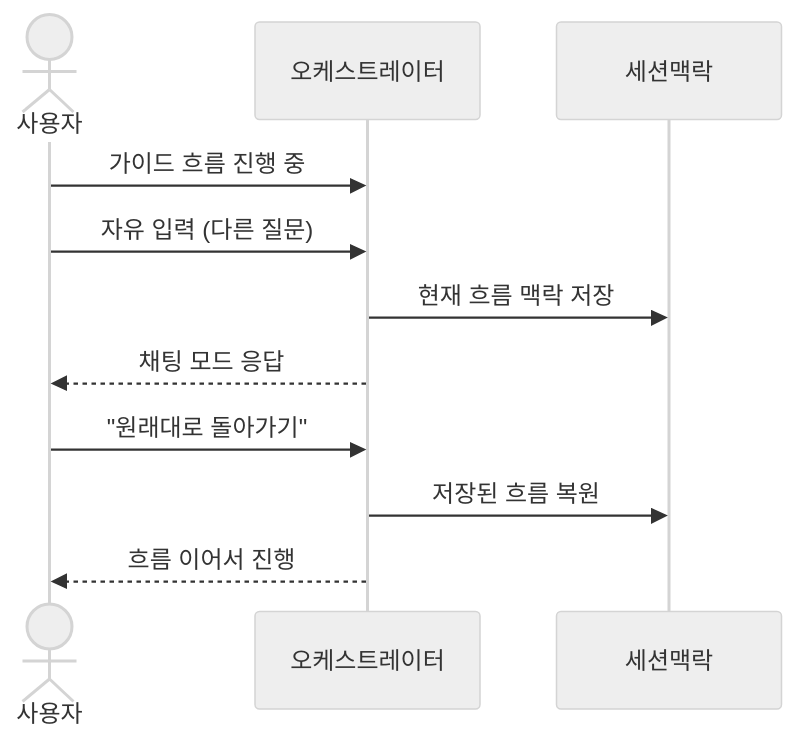
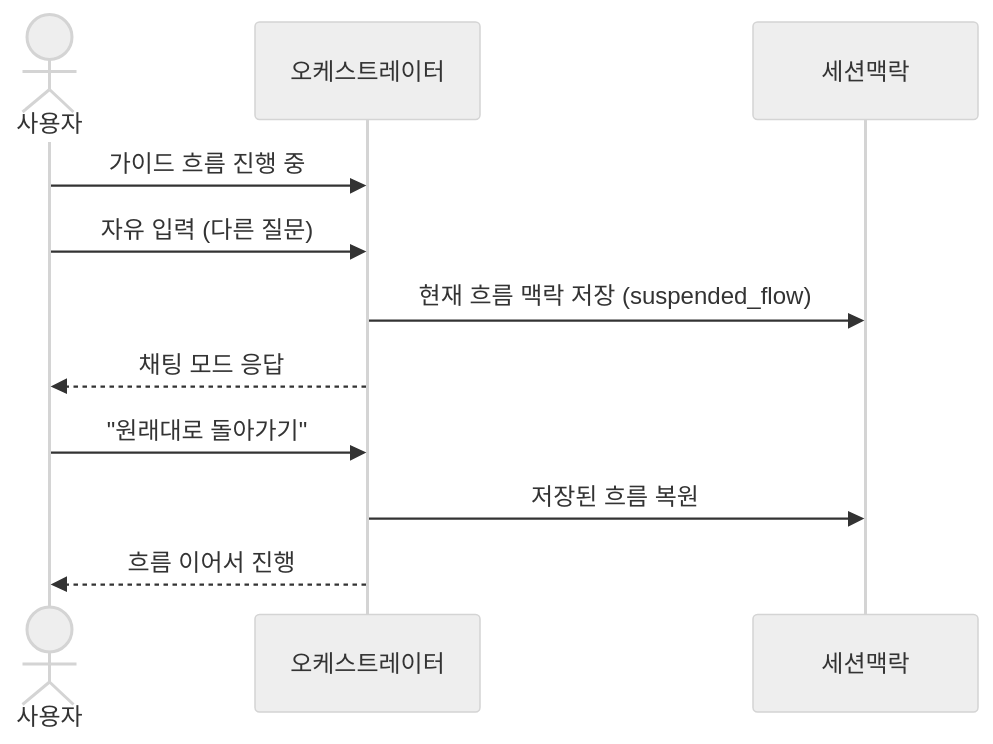
One commit to 92LEEJUN/rubicon-3 changed the third of 4 diagrams in specs/samsung-ai-concierge/design.md. Above: the diagram before and after it, drawn with Mermaid (neutral theme). The commit also changed other lines of this file and 4 other files, not shown here.

````diff
--- a/specs/samsung-ai-concierge/design.md
+++ b/specs/samsung-ai-concierge/design.md
@@ -155,13 +66,13 @@
 ```mermaid
 sequenceDiagram
   actor U as 사용자
   participant O as 오케스트레이터
   participant S as 세션맥락
   U->>O: 가이드 흐름 진행 중
   U->>O: 자유 입력 (다른 질문)
-  O->>S: 현재 흐름 맥락 저장
+  O->>S: 현재 흐름 맥락 저장 (suspended_flow)
   O-->>U: 채팅 모드 응답
   U->>O: "원래대로 돌아가기"
   O->>S: 저장된 흐름 복원
   O-->>U: 흐름 이어서 진행
 ```
````
